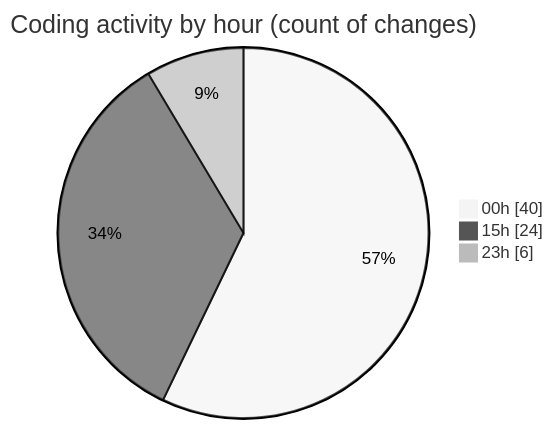
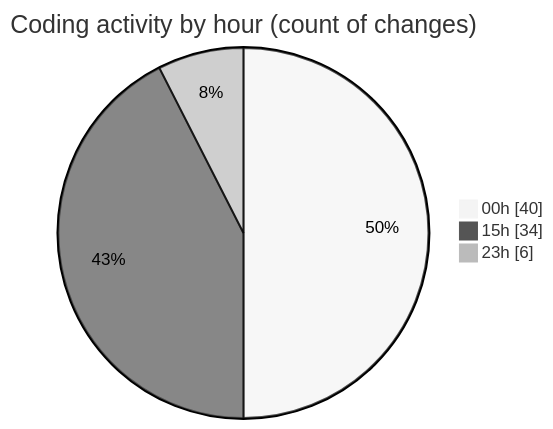
The second of 2 diagrams in 2025-05-03/date/README.md (Netris89/code-tracking), drawn with Mermaid (neutral theme) before and after one commit. The commit also changed other lines of this file and 1 other file, not shown here.

````diff
--- a/2025-05-03/date/README.md
+++ b/2025-05-03/date/README.md
@@ -37,7 +37,7 @@
 ```mermaid
 pie showData
 title Coding activity by hour (count of changes)
 "00h" : 40
-"15h" : 24
+"15h" : 34
 "23h" : 6
 ```
````
